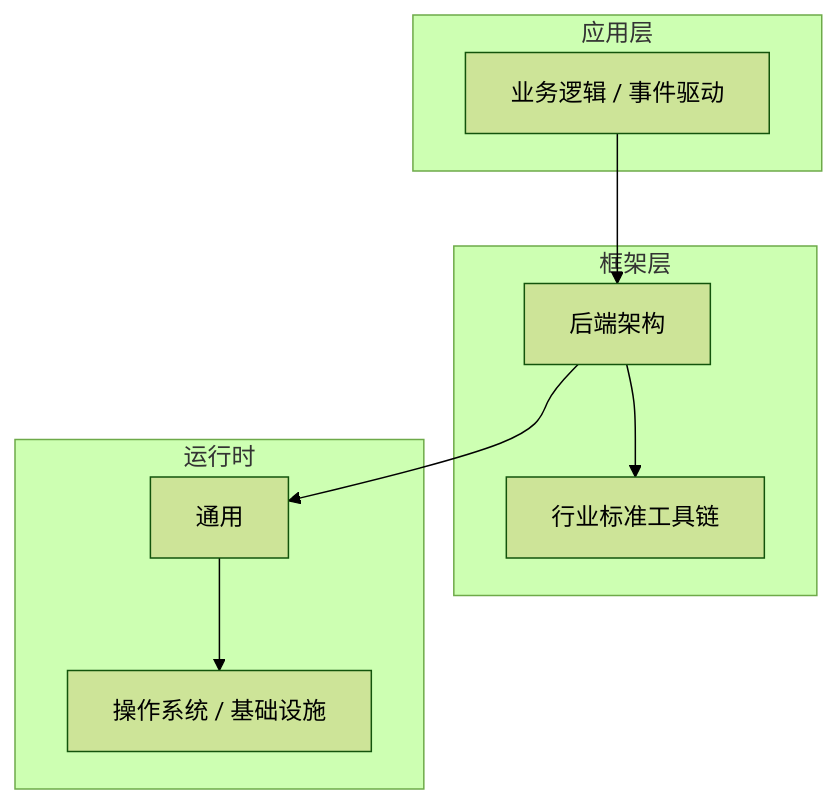
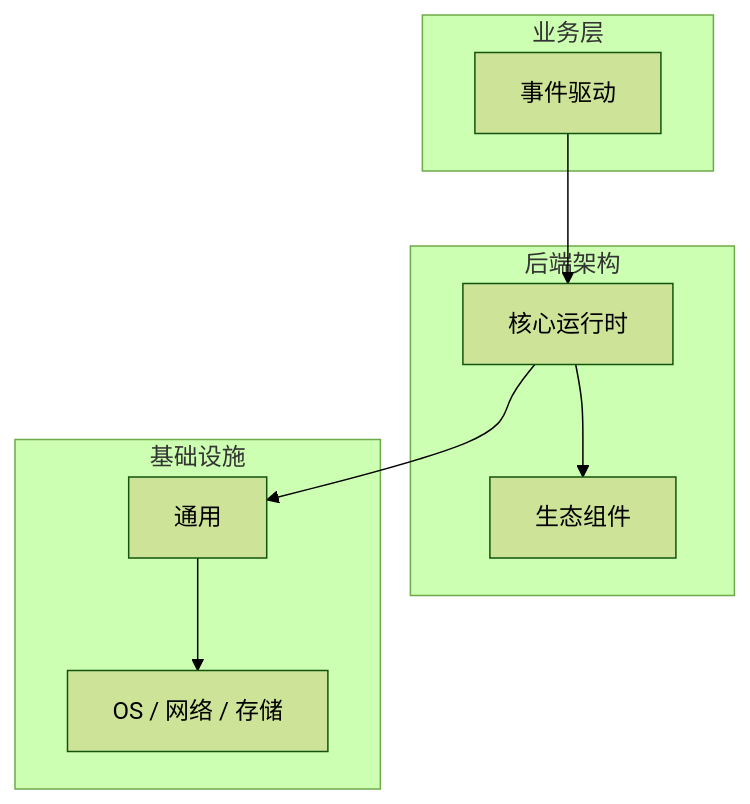
Before and after one commit to yanggan2015/knowledge-json-v2: the diagram in articles/后端架构/chapters/037-事件驱动核心概念与原理.md, drawn with Mermaid (forest theme). The commit also changed other lines of this file and 10127 other files, not shown here.

````diff
--- a/articles/后端架构/chapters/037-事件驱动核心概念与原理.md
+++ b/articles/后端架构/chapters/037-事件驱动核心概念与原理.md
@@ -45,18 +34,18 @@
 ```mermaid
 graph TB
-    subgraph 应用层
-        A[业务逻辑 / 事件驱动]
+    subgraph 业务层
+        A[事件驱动]
     end
-    subgraph 框架层
-        B[后端架构]
-        C[行业标准工具链]
+    subgraph 后端架构
+        B[核心运行时]
+        C[生态组件]
     end
-    subgraph 运行时
+    subgraph 基础设施
         D[通用]
-        E[操作系统 / 基础设施]
+        E[OS / 网络 / 存储]
     end
     A --> B
     B --> C
     B --> D
     D --> E
 ```
````
